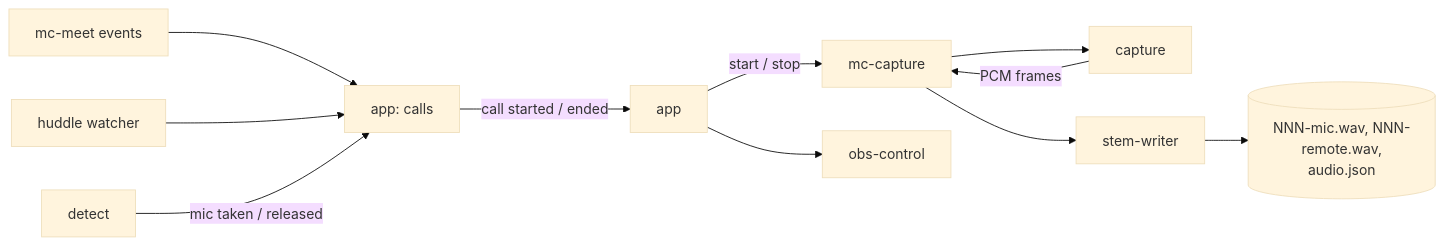
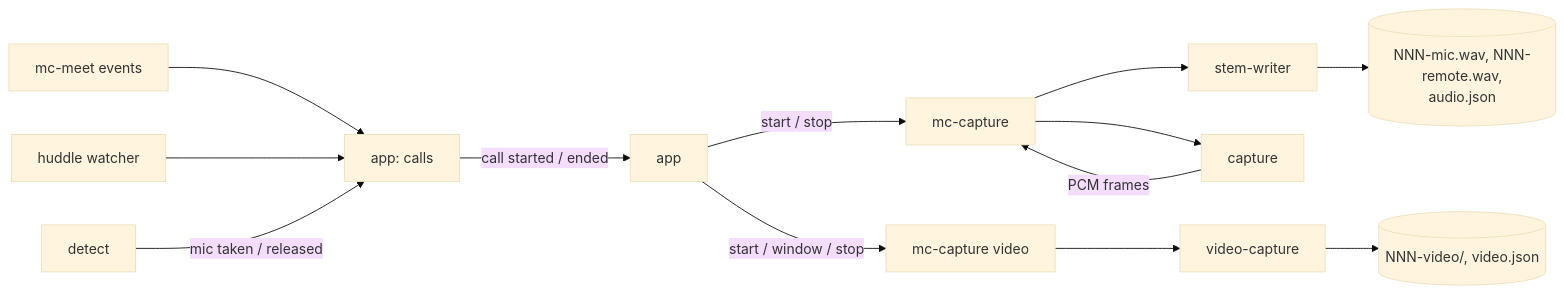
The sixth of 9 diagrams in docs/02-architecture.md (kujjwal02/meeting-capture), drawn with Mermaid (base theme) before and after one commit. The commit also changed other lines of this file and 42 other files, not shown here.

````diff
--- a/docs/02-architecture.md
+++ b/docs/02-architecture.md
@@ -163,13 +163,15 @@
 ```mermaid
 flowchart LR
     MEET["mc-meet events"] --> CALLS["app: calls"]
     HUD["huddle watcher"] --> CALLS
     DET["detect"] -->|mic taken / released| CALLS
     CALLS -->|call started / ended| APP["app"]
     APP -->|start / stop| HELPER["mc-capture"]
-    APP --> OBS["obs-control"]
+    APP -->|start / window / stop| VIDEO["mc-capture video"]
+    VIDEO --> VC["video-capture"]
+    VC --> VMEDIA[("NNN-video/, video.json")]
     HELPER --> CAP["capture"]
     CAP -->|PCM frames| HELPER
     HELPER --> STEM["stem-writer"]
     STEM --> MEDIA[("NNN-mic.wav, NNN-remote.wav,<br/>audio.json")]
 ```
````
